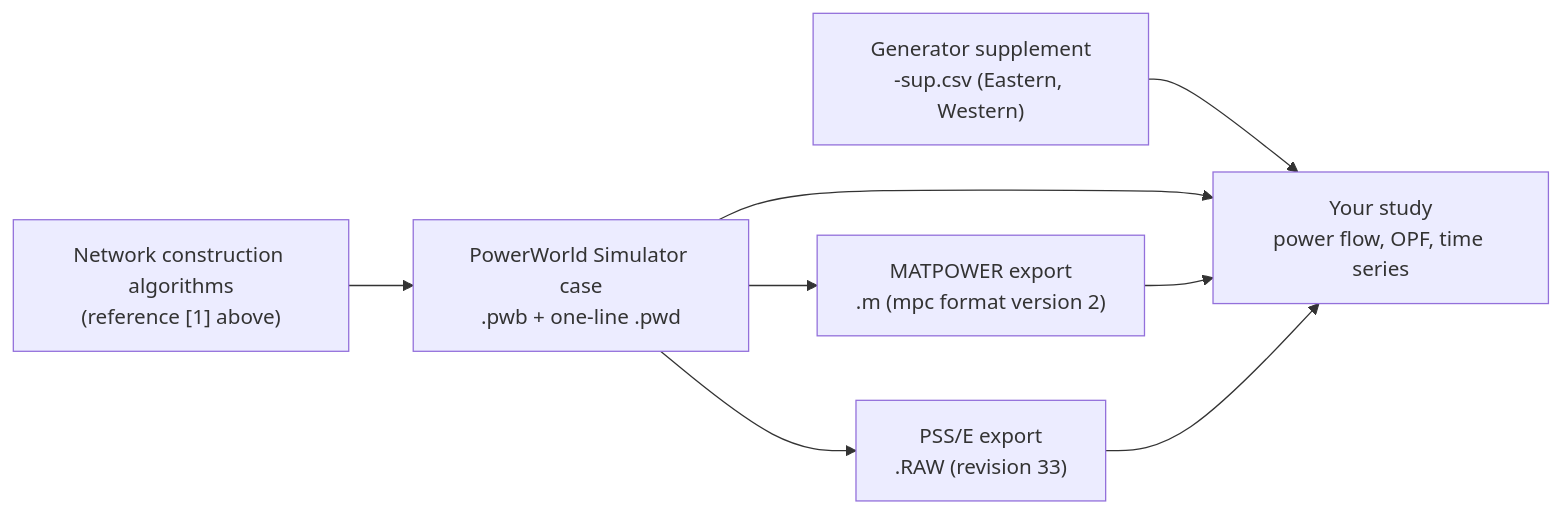
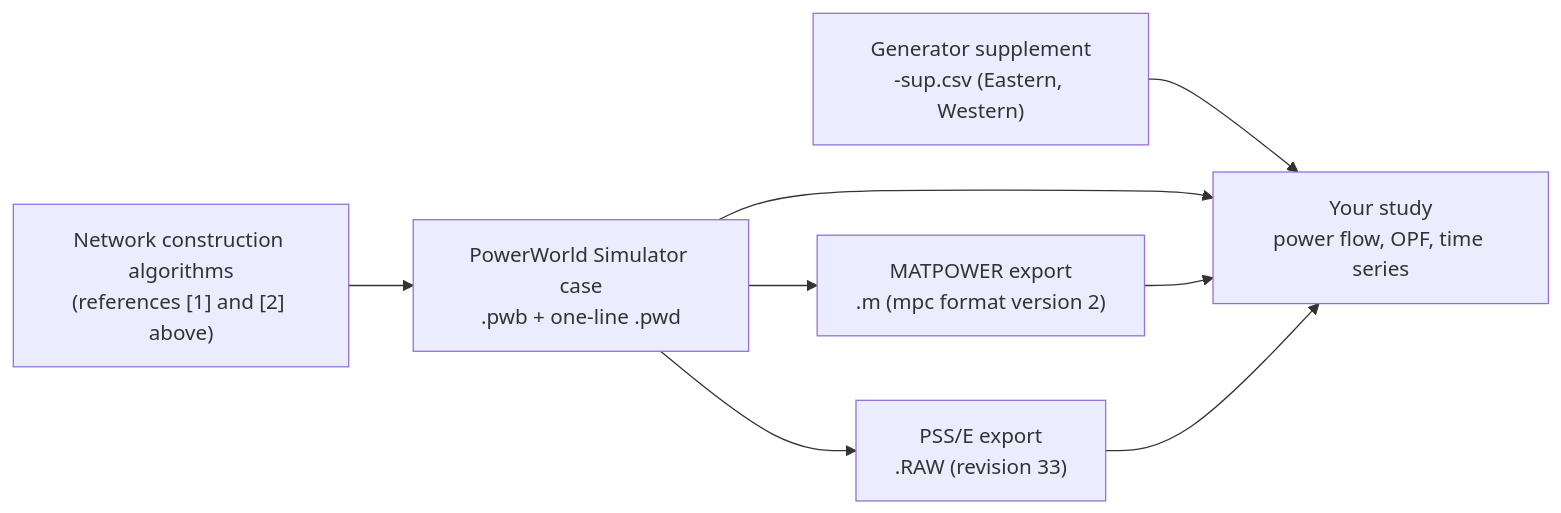
The diagram in README.md (WISPO-POP/SyntheticElectricNetworkModels), drawn with Mermaid before and after one commit. The commit also changed other lines of this file and 8 other files, not shown here.

````diff
--- a/README.md
+++ b/README.md
@@ -21,10 +23,10 @@
 ```mermaid
 flowchart LR
-    A["Network construction algorithms<br/>(reference [1] above)"] --> B["PowerWorld Simulator case<br/>.pwb + one-line .pwd"]
+    A["Network construction algorithms<br/>(references [1] and [2] above)"] --> B["PowerWorld Simulator case<br/>.pwb + one-line .pwd"]
     B --> C["MATPOWER export<br/>.m (mpc format version 2)"]
     B --> D["PSS/E export<br/>.RAW (revision 33)"]
     E["Generator supplement<br/>-sup.csv (Eastern, Western)"] --> F["Your study<br/>power flow, OPF, time series"]
     B --> F
     C --> F
     D --> F
 ```
````
